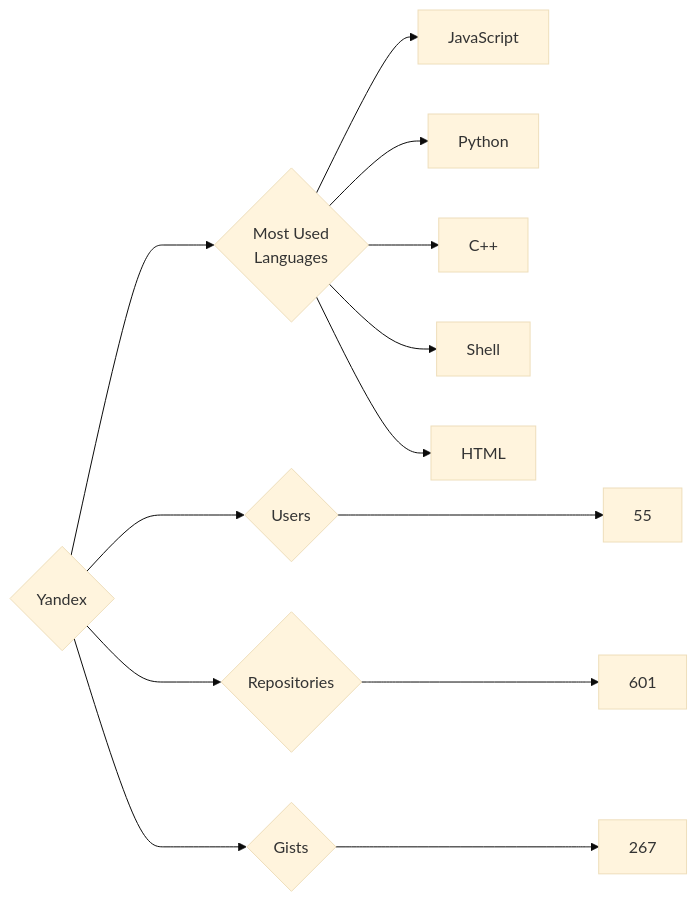
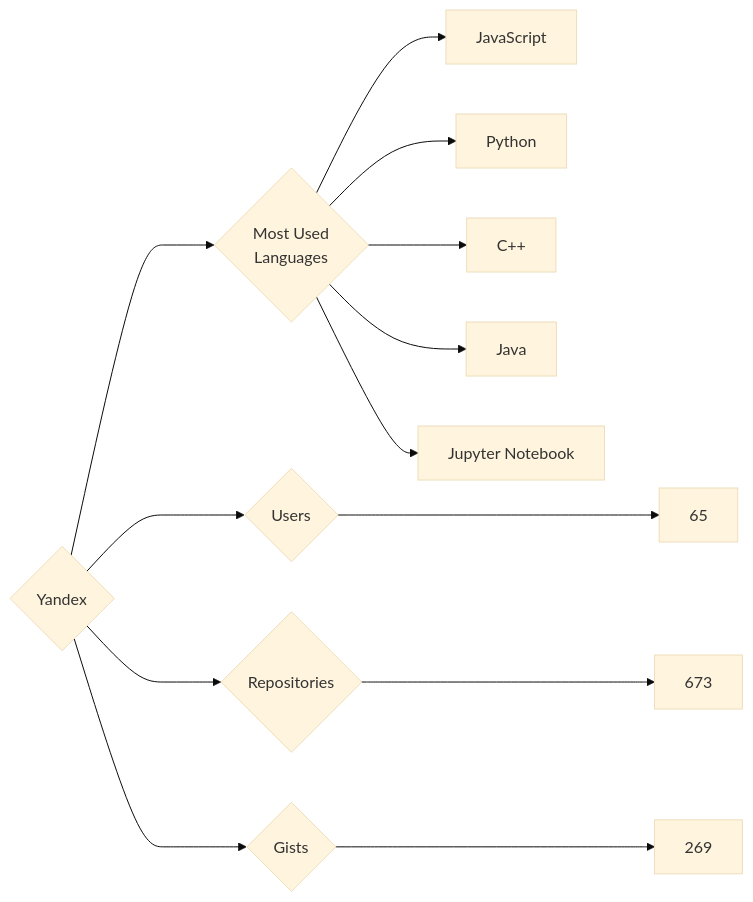
The diagram in targets/Yandex/README.md (trickest/insiders), drawn with Mermaid (base theme) before and after one commit. The commit also changed 970 other files, not shown here.

````diff
--- a/targets/Yandex/README.md
+++ b/targets/Yandex/README.md
@@ -3,13 +3,13 @@
 ```mermaid
 graph LR
 COMPANY_NAME{Yandex}
-COMPANY_NAME ---> U{Users} ---> UN[55]
-COMPANY_NAME ---> R{Repositories} ---> RN[601]
-COMPANY_NAME ---> G{Gists} ---> GN[267]
+COMPANY_NAME ---> U{Users} ---> UN[65]
+COMPANY_NAME ---> R{Repositories} ---> RN[673]
+COMPANY_NAME ---> G{Gists} ---> GN[269]
 COMPANY_NAME ---> ML{Most Used<br>Languages}
 ML --> JavaScript[JavaScript]
 ML --> Python[Python]
 ML --> C++[C++]
-ML --> Shell[Shell]
-ML --> HTML[HTML]
+ML --> Java[Java]
+ML --> Jupyter_Notebook[Jupyter Notebook]
 ```
````
